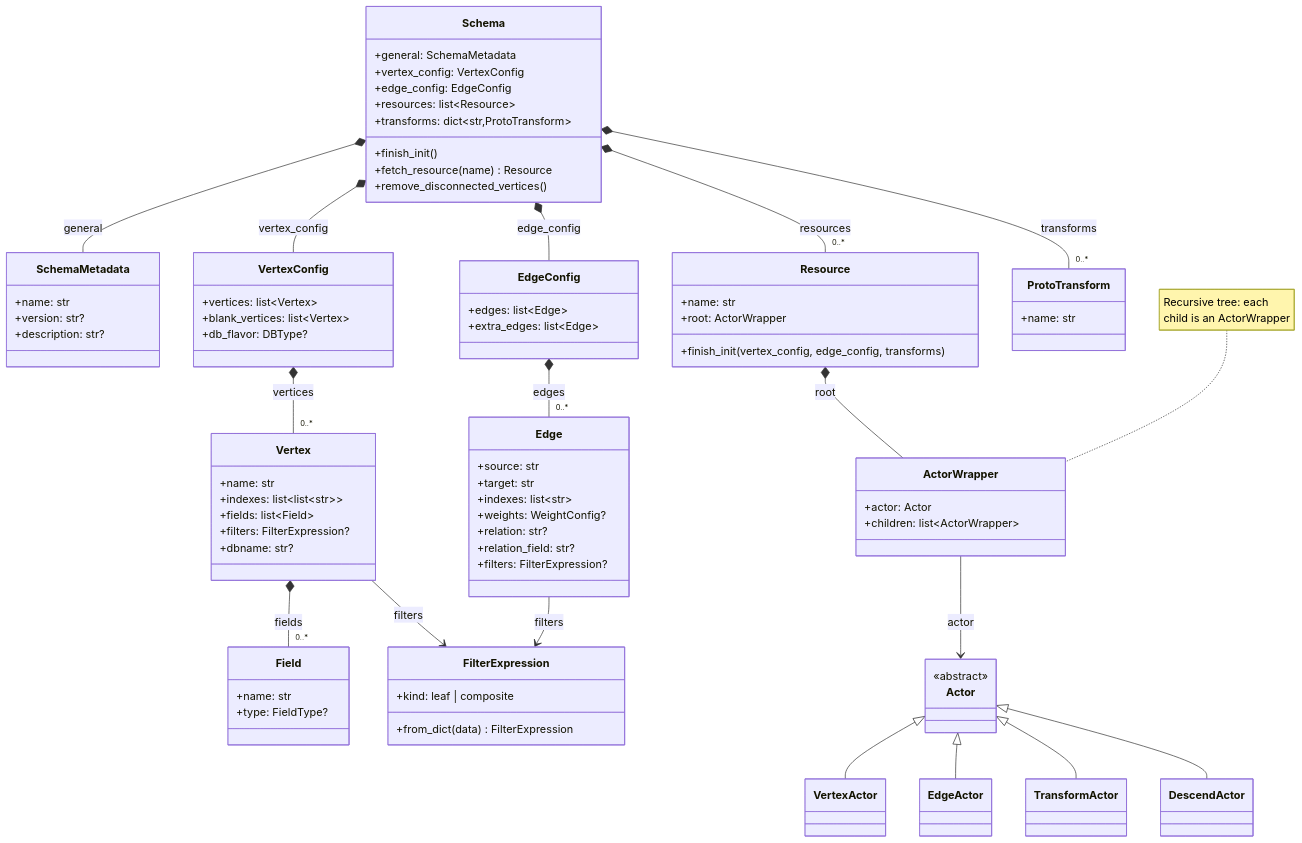
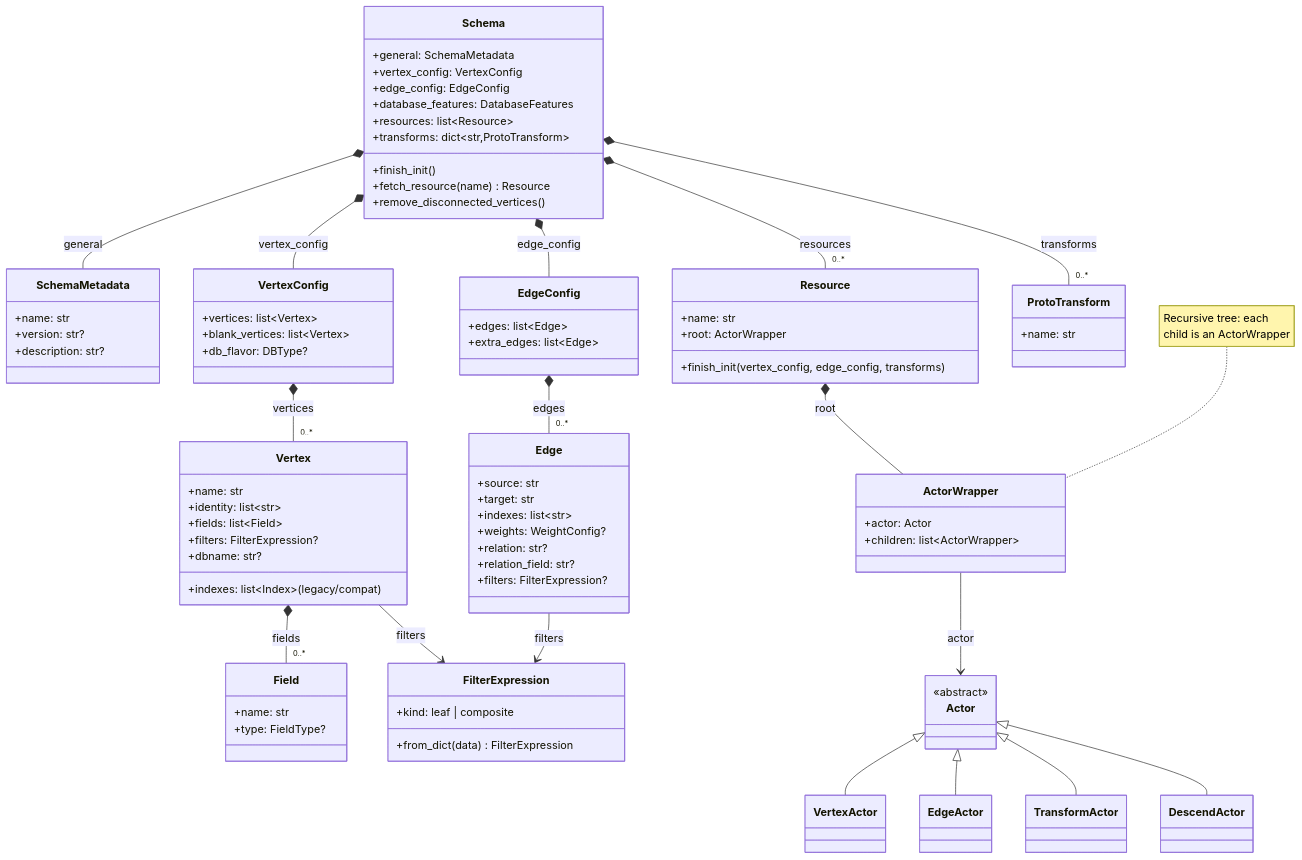
One commit to growgraph/graflo changed the fourth of 6 diagrams in docs/concepts/index.md. Above: the diagram before and after it, drawn with Mermaid. The commit also changed other lines of this file and 42 other files, not shown here.

Commit message:
WIP : better separation of DB / Schema logic

```diff
--- a/docs/concepts/index.md
+++ b/docs/concepts/index.md
@@ -147,6 +169,7 @@
         +general: SchemaMetadata
         +vertex_config: VertexConfig
         +edge_config: EdgeConfig
+        +database_features: DatabaseFeatures
         +resources: list~Resource~
         +transforms: dict~str,ProtoTransform~
         +finish_init()
@@ -168,7 +191,8 @@
 
     class Vertex {
         +name: str
-        +indexes: list~list~str~~
+        +identity: list~str~
+        +indexes: list~Index~ (legacy/compat)
         +fields: list~Field~
         +filters: FilterExpression?
         +dbname: str?
```
